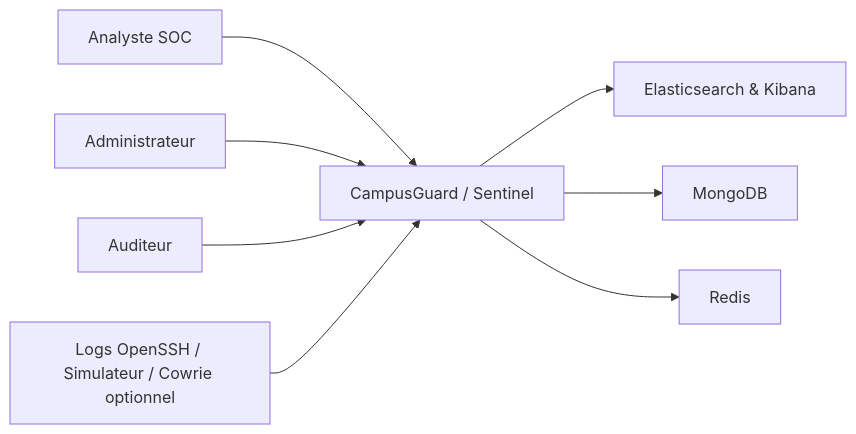
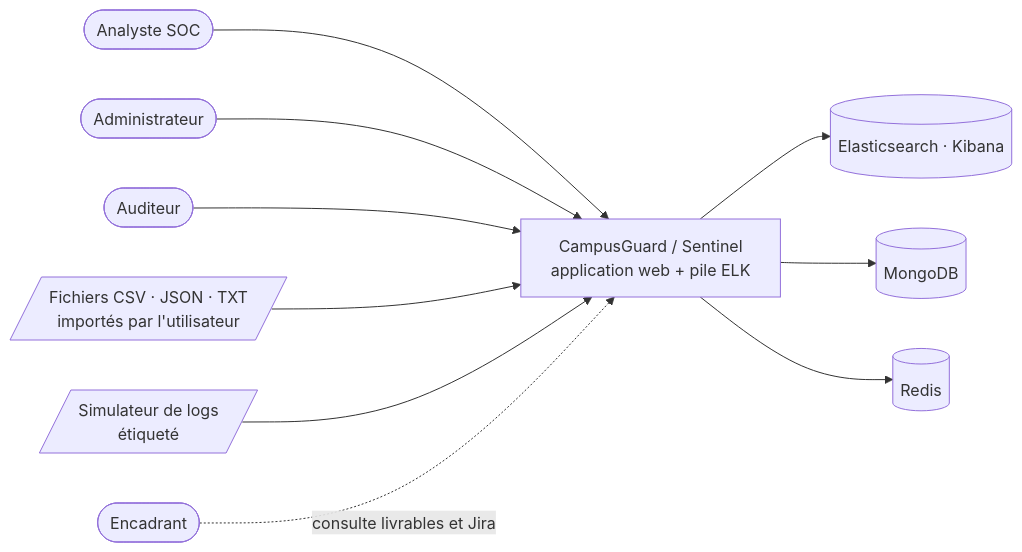
The first of 8 diagrams in docs/ARCHITECTURE.md (syrinemrf/CampusGuard), drawn with Mermaid before and after one commit. The commit also changed other lines of this file and 24 other files, not shown here.

First line of the commit message:
docs(s3): functional analysis v1.0, technical architecture v1.0, S3 status

````diff
--- a/docs/ARCHITECTURE.md
+++ b/docs/ARCHITECTURE.md
@@ -9,10 +18,13 @@
 ```mermaid
 flowchart LR
-Analyst[Analyste SOC] --> App[CampusGuard / Sentinel]
-Admin[Administrateur] --> App
-Auditor[Auditeur] --> App
-Sources[Logs OpenSSH / Simulateur / Cowrie optionnel] --> App
-App --> E[Elasticsearch & Kibana]
-App --> M[MongoDB]
-App --> R[Redis]
+  Analyst([Analyste SOC]) --> App
+  Admin([Administrateur]) --> App
+  Auditor([Auditeur]) --> App
+  Files[/Fichiers CSV · JSON · TXT<br/>importés par l'utilisateur/] --> App
+  Sim[/Simulateur de logs<br/>étiqueté/] --> App
+  App[CampusGuard / Sentinel<br/>application web + pile ELK]
+  App --> ELK[(Elasticsearch · Kibana)]
+  App --> Mongo[(MongoDB)]
+  App --> Redis[(Redis)]
+  Teacher([Encadrant]) -. consulte livrables et Jira .-> App
 ```
````
